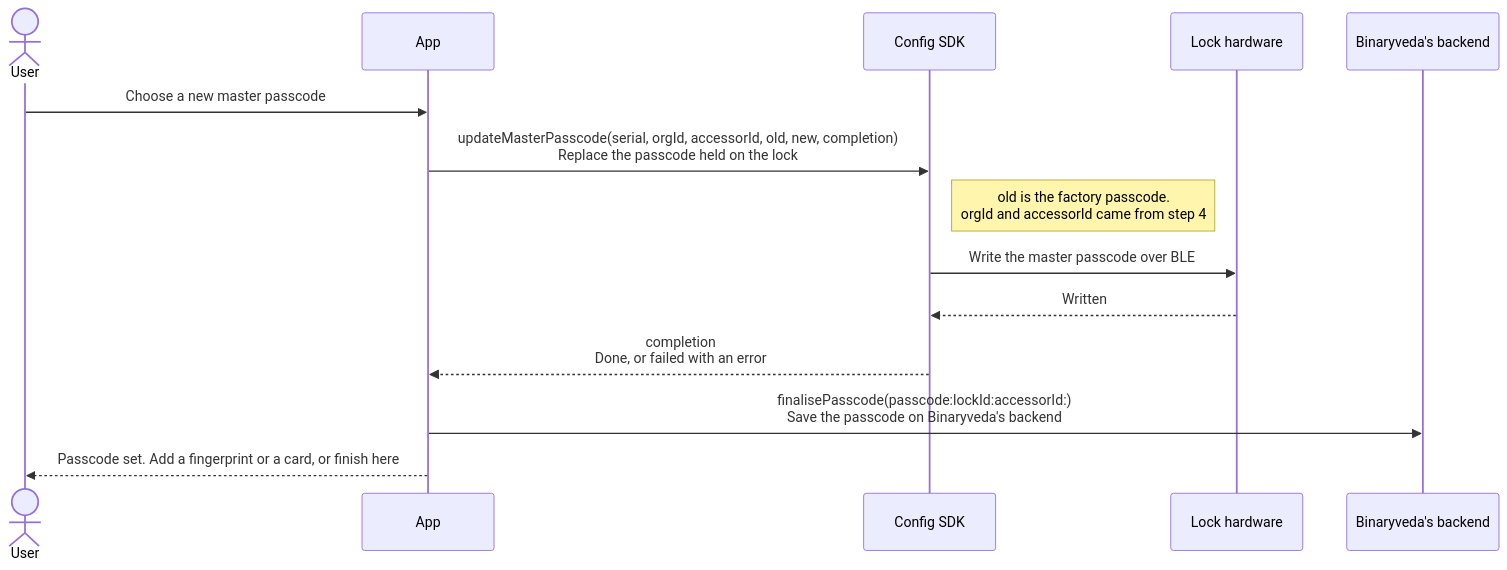
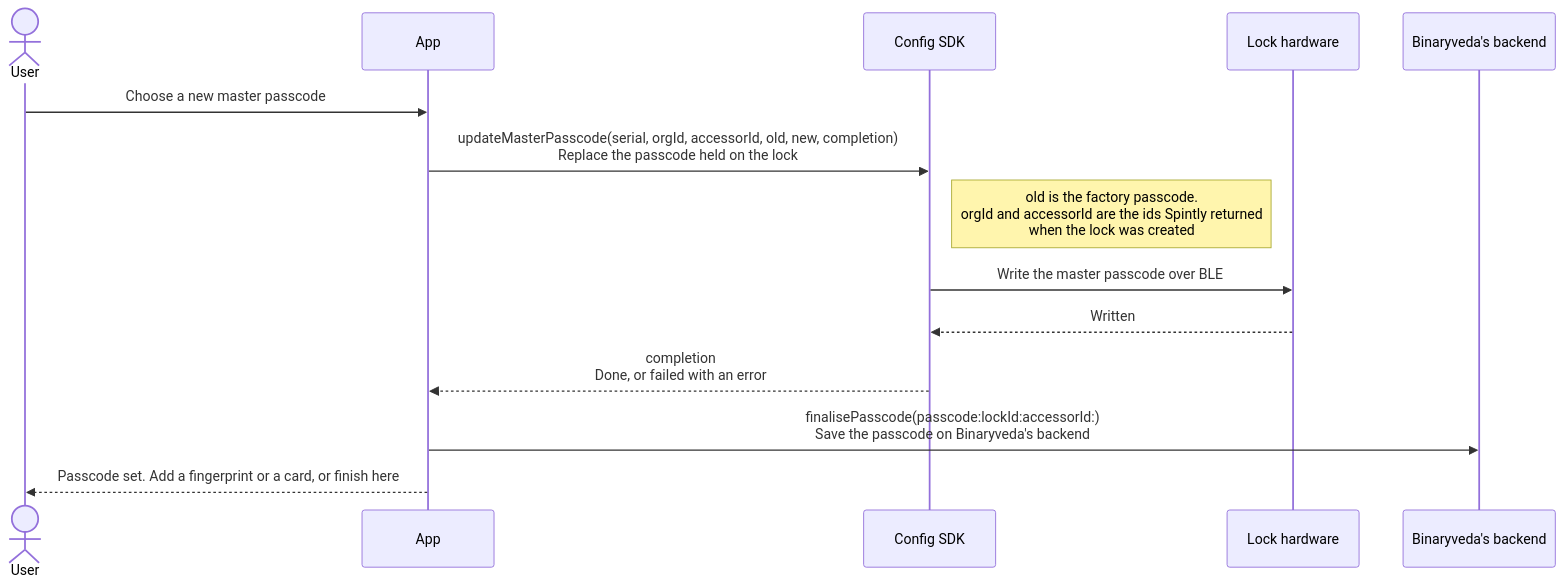
Diagram 11 of 16 in docs/lock-onboarding.md (Yash-Wadatkar-Binaryveda/sdk-docs-site), drawn with Mermaid before and after one commit. The commit also changed other lines of this file and 7 other files, not shown here.

````diff
--- a/docs/lock-onboarding.md
+++ b/docs/lock-onboarding.md
@@ -430,17 +489,17 @@
     ```mermaid
     sequenceDiagram
         actor U as User
         participant A as App
         participant C as Config SDK
         participant L as Lock hardware
         participant B as Binaryveda's backend
 
         U->>A: Choose a new master passcode
         A->>C: updateMasterPasscode(serial, orgId, accessorId, old, new, completion)<br/>Replace the passcode held on the lock
-        Note right of C: old is the factory passcode.<br/>orgId and accessorId came from step 4
+        Note right of C: old is the factory passcode.<br/>orgId and accessorId are the ids Spintly returned<br/>when the lock was created
         C->>L: Write the master passcode over BLE
         L-->>C: Written
         C-->>A: completion<br/>Done, or failed with an error
         A->>B: finalisePasscode(passcode:lockId:accessorId:)<br/>Save the passcode on Binaryveda's backend
         A-->>U: Passcode set. Add a fingerprint or a card, or finish here
     ```
````
